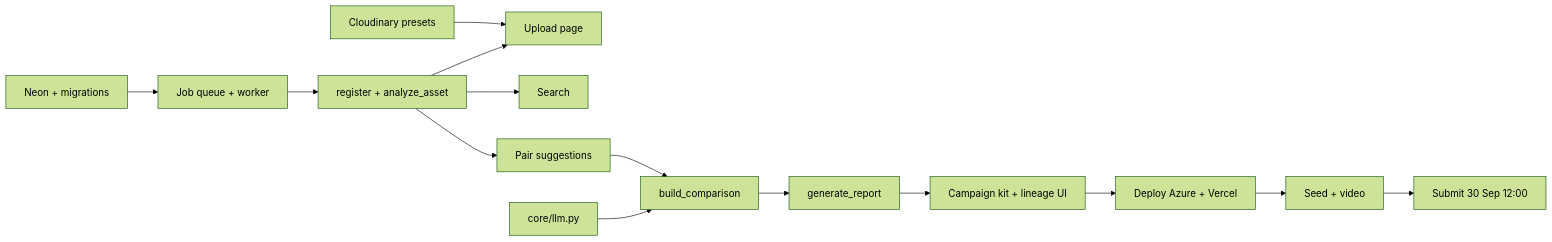
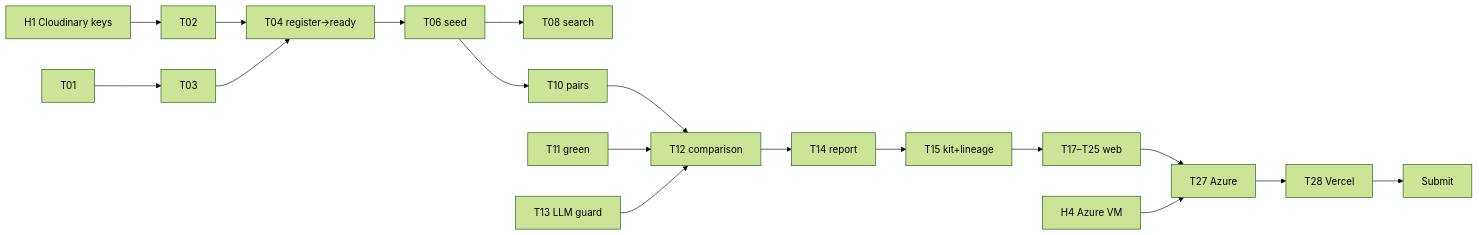
Before and after one commit to MonisMS/cc-hack: the diagram in docs/04-roadmap.md, drawn with Mermaid (forest theme). The commit also changed other lines of this file and 7 other files, not shown here.

````diff
--- a/docs/04-roadmap.md
+++ b/docs/04-roadmap.md
@@ -118,16 +538,12 @@
 ```mermaid
 flowchart LR
-    A[Neon + migrations] --> B[Job queue + worker]
-    B --> C[register + analyze_asset]
-    P[Cloudinary presets] --> U[Upload page]
-    C --> U
-    C --> S[Search]
-    C --> PR[Pair suggestions]
-    PR --> CMP[build_comparison]
-    L[core/llm.py] --> CMP
-    CMP --> R[generate_report]
-    R --> K[Campaign kit + lineage UI]
-    K --> D[Deploy Azure + Vercel]
-    D --> SEED[Seed + video]
-    SEED --> SUB[Submit 30 Sep 12:00]
+    H1[H1 Cloudinary keys] --> T02 --> T04[T04 register→ready]
+    T01 --> T03 --> T04
+    T04 --> T06[T06 seed] --> T08[T08 search]
+    T06 --> T10[T10 pairs] --> T12[T12 comparison]
+    T11[T11 green] --> T12
+    T13[T13 LLM guard] --> T12
+    T12 --> T14[T14 report] --> T15[T15 kit+lineage]
+    T15 --> T17[T17–T25 web] --> T27[T27 Azure]
+    H4[H4 Azure VM] --> T27 --> T28[T28 Vercel] --> T30[Submit]
 ```
````
